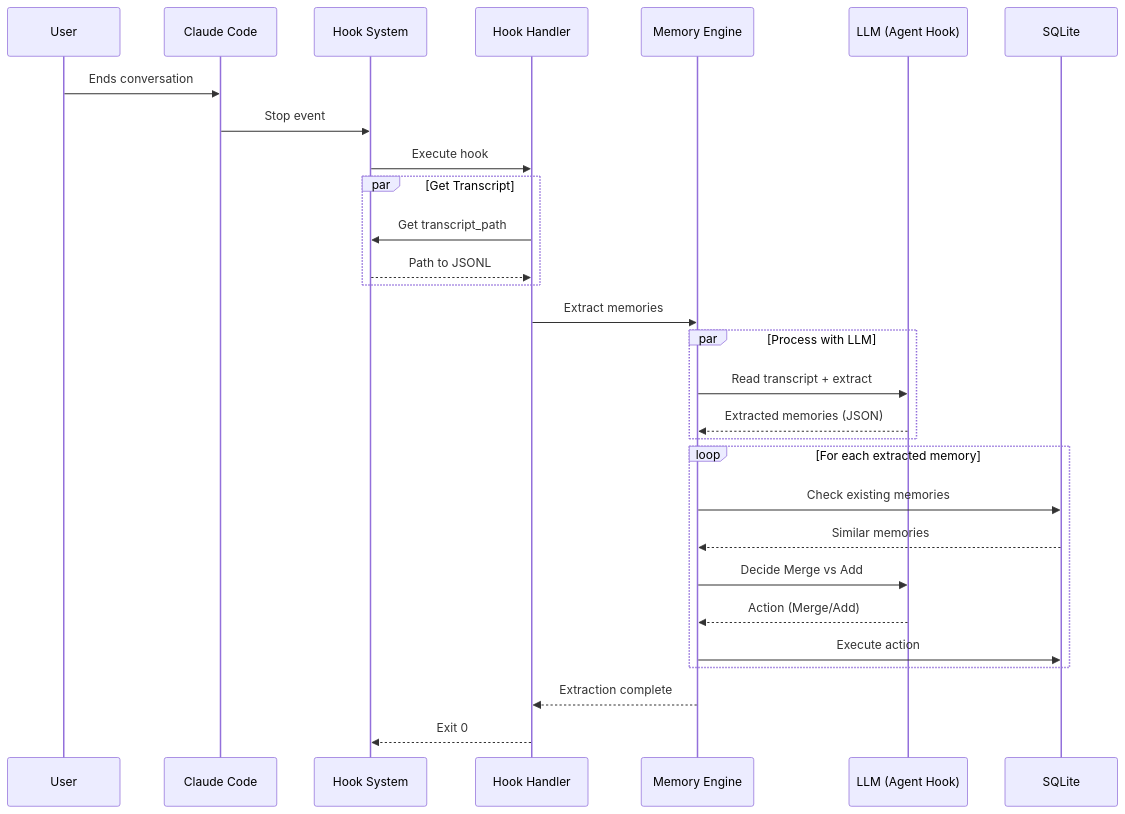
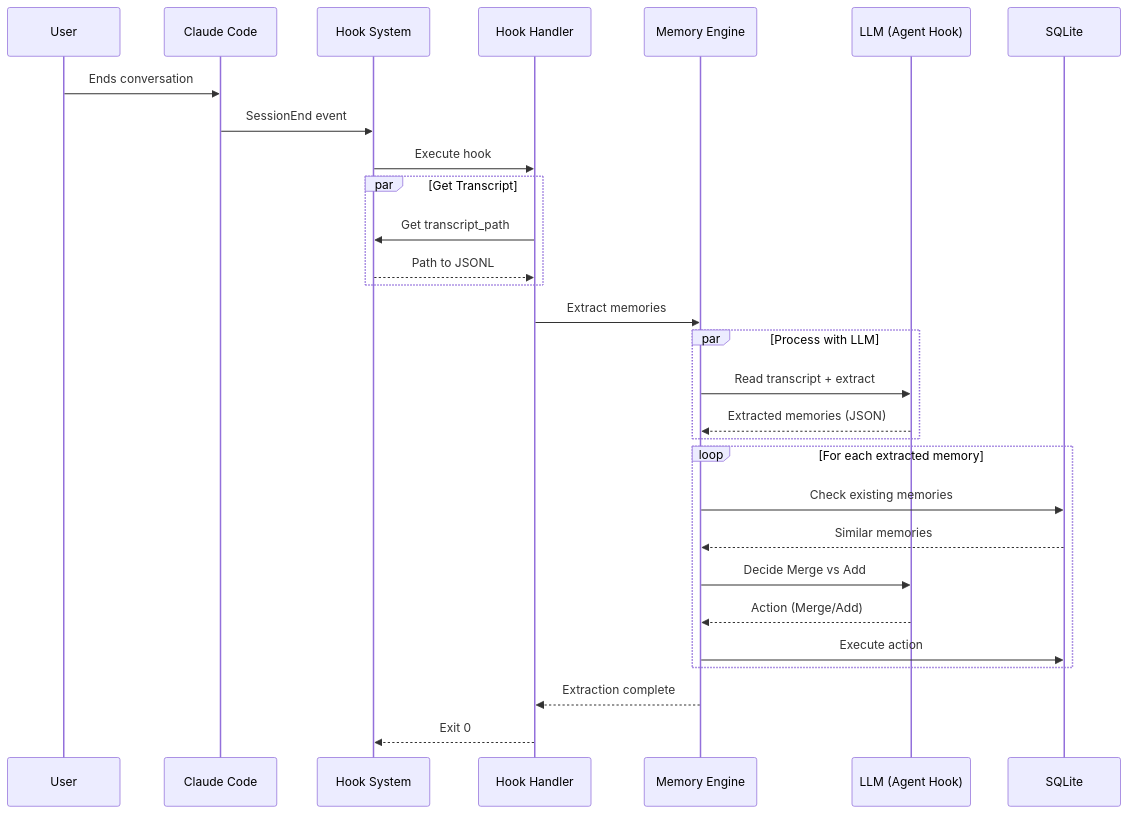
The third of 4 diagrams in Architecture.md (SkrOYC/cc-rmm), drawn with Mermaid before and after one commit. The commit also changed other lines of this file and 3 other files, not shown here.

````diff
--- a/Architecture.md
+++ b/Architecture.md
@@ -127,39 +129,39 @@
 ```mermaid
 sequenceDiagram
     participant User
     participant Claude as Claude Code
     participant Hooks as Hook System
     participant Handler as Hook Handler
     participant Engine as Memory Engine
     participant LLM as LLM (Agent Hook)
     participant SQLite as SQLite
 
     User->>Claude: Ends conversation
-    Claude->>Hooks: Stop event
+    Claude->>Hooks: SessionEnd event
     Hooks->>Handler: Execute hook
 
     par Get Transcript
         Handler->>Hooks: Get transcript_path
         Hooks-->>Handler: Path to JSONL
     end
 
     Handler->>Engine: Extract memories
 
     par Process with LLM
         Engine->>LLM: Read transcript + extract
         LLM-->>Engine: Extracted memories (JSON)
     end
 
     loop For each extracted memory
         Engine->>SQLite: Check existing memories
         SQLite-->>Engine: Similar memories
 
         Engine->>LLM: Decide Merge vs Add
         LLM-->>Engine: Action (Merge/Add)
 
         Engine->>SQLite: Execute action
     end
 
     Engine-->>Handler: Extraction complete
     Handler-->>Hooks: Exit 0
 ```
````
